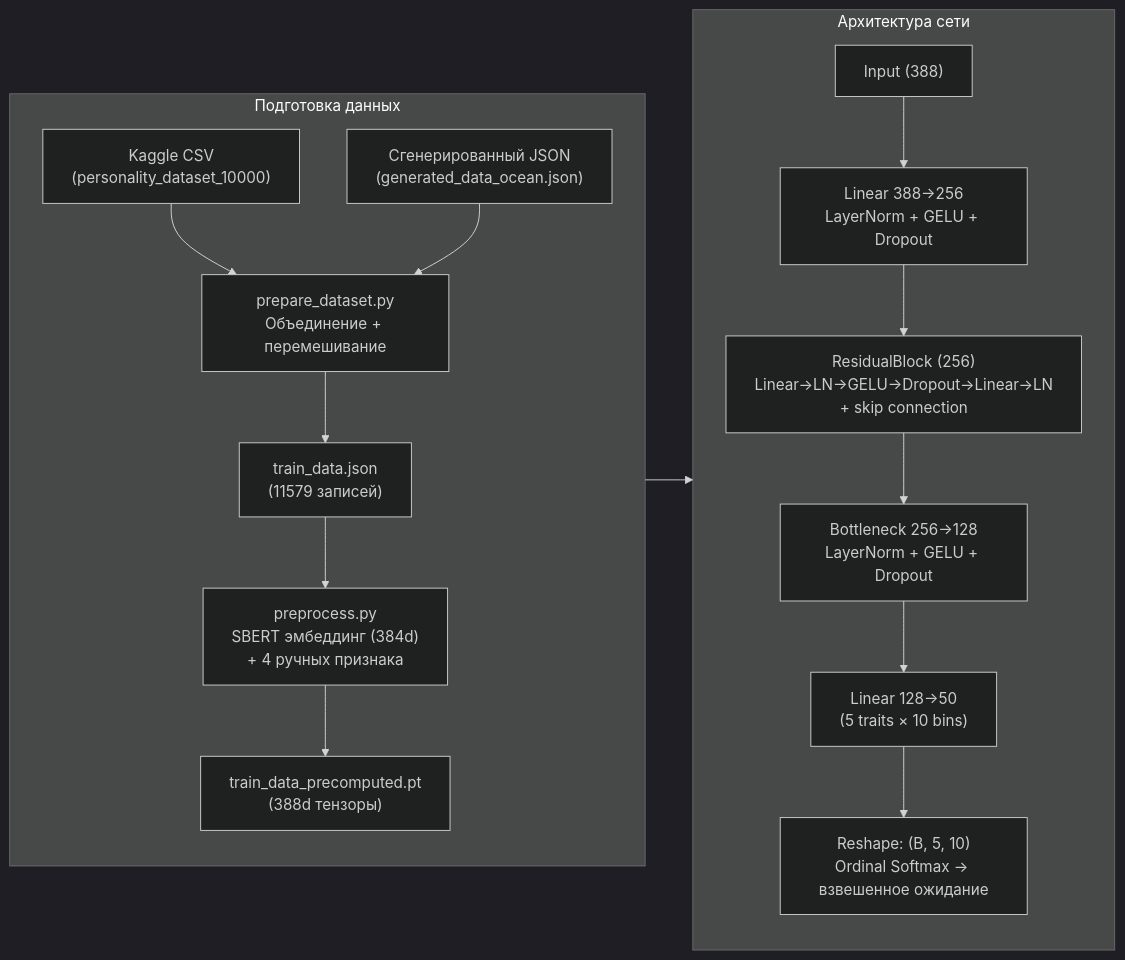
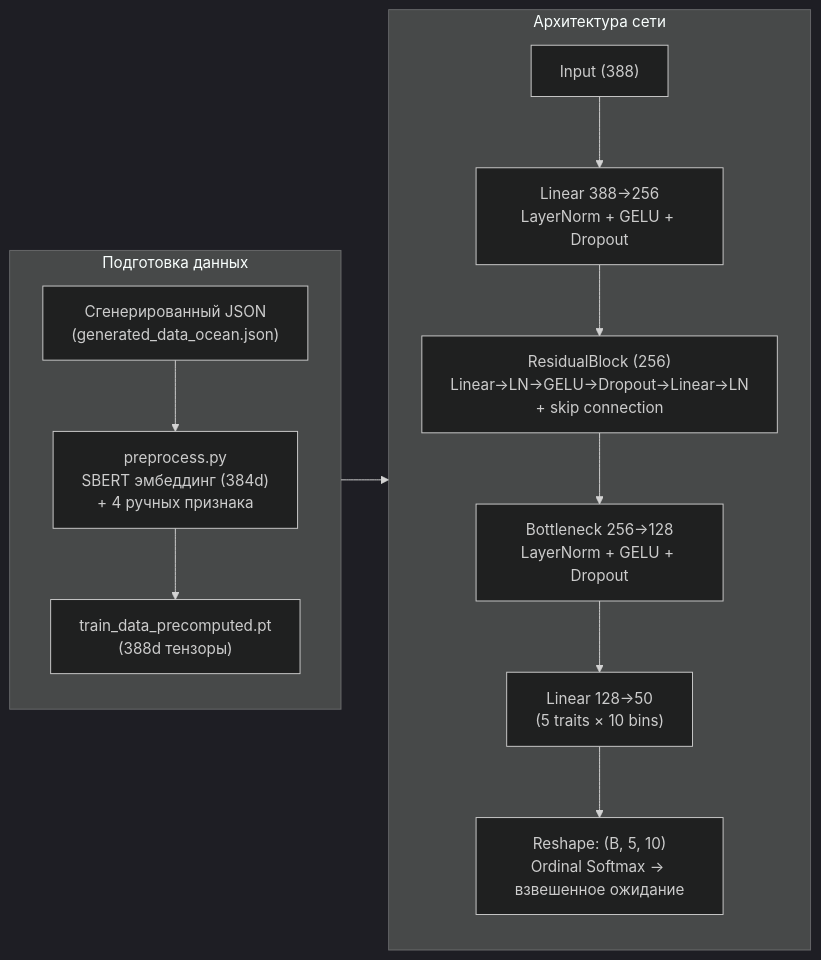
Before and after one commit to Choriso/Nexus: the sixth of 8 diagrams in README.md, drawn with Mermaid (dark theme). The commit also changed other lines of this file and 3 other files, not shown here.

````diff
--- a/README.md
+++ b/README.md
@@ -331,22 +331,19 @@
 ```mermaid
 flowchart LR
     subgraph Data["Подготовка данных"]
-        CSV["Kaggle CSV\n(personality_dataset_10000)"]
         GEN["Сгенерированный JSON\n(generated_data_ocean.json)"]
-        PREP["prepare_dataset.py\nОбъединение + перемешивание"]
-        PREP_OUT["train_data.json\n(11579 записей)"]
-        CSV & GEN --> PREP --> PREP_OUT
-        PREP_OUT --> PRE["preprocess.py\nSBERT эмбеддинг (384d)\n+ 4 ручных признака"]
-        PRE --> PRE_OUT["train_data_precomputed.pt\n(388d тензоры)"]
+        PREP["preprocess.py\nSBERT эмбеддинг (384d)\n+ 4 ручных признака"]
+        PREP_OUT["train_data_precomputed.pt\n(388d тензоры)"]
+        GEN --> PREP --> PREP_OUT
     end
 
     subgraph Arch["Архитектура сети"]
         INPUT["Input (388)"] --> PROJ["Linear 388→256\nLayerNorm + GELU + Dropout"]
         PROJ --> RES["ResidualBlock (256)\nLinear→LN→GELU→Dropout→Linear→LN\n+ skip connection"]
         RES --> BOT["Bottleneck 256→128\nLayerNorm + GELU + Dropout"]
         BOT --> CLASS["Linear 128→50\n(5 traits × 10 bins)"]
         CLASS --> OUT["Reshape: (B, 5, 10)\nOrdinal Softmax → взвешенное ожидание"]
     end
 
     Data --> Arch
 ```
````
